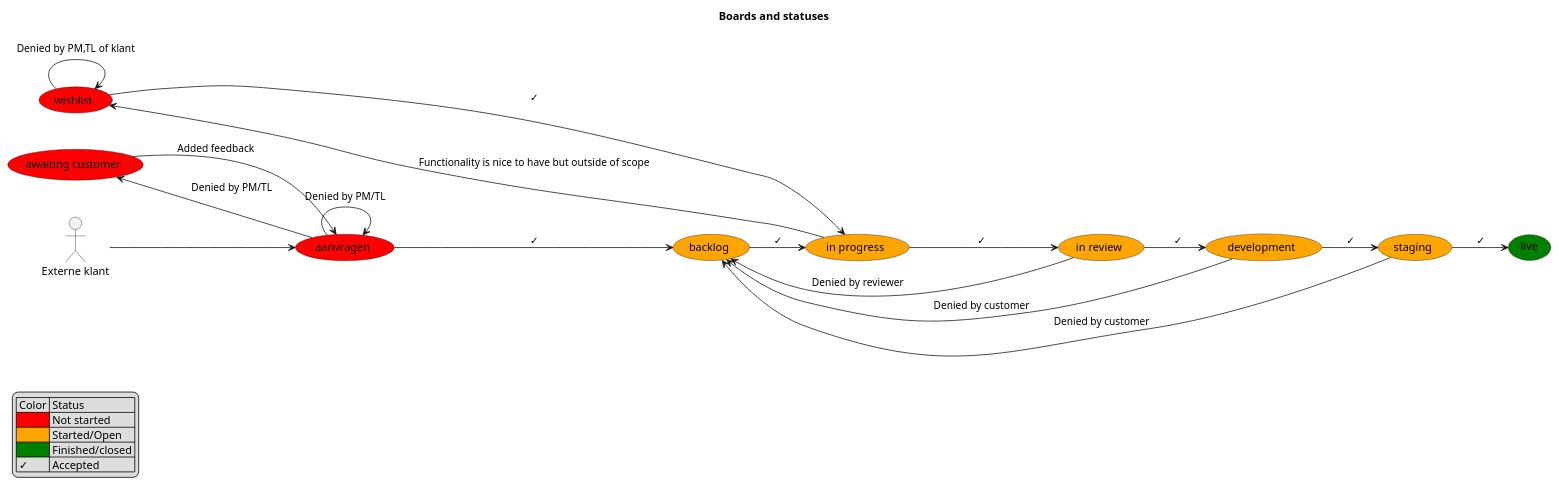
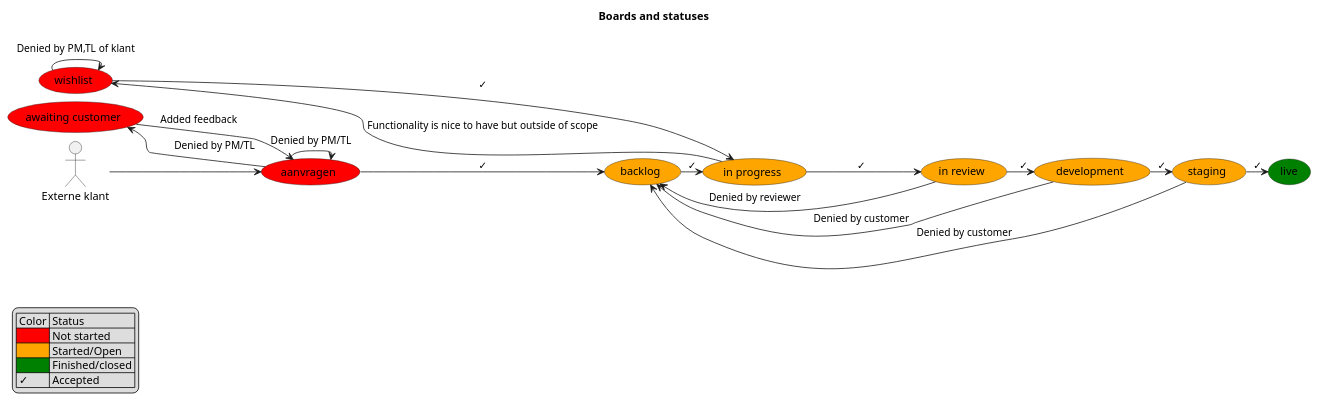
Before and after one commit to DCReceveur/pre-afstudeer-docs: the second of 3 diagrams in Documentatie/FunctioneelOntwerp.md, drawn with PlantUML. The commit also changed other lines of this file, not shown here.

````diff
--- a/Documentatie/FunctioneelOntwerp.md
+++ b/Documentatie/FunctioneelOntwerp.md
@@ -152,46 +152,47 @@
 ```plantuml
 title Boards and statuses
-
+skinparam nodesep 10
+skinparam ranksep 10
 left to right direction
 skinparam groupInheritance 3
 
 ' skinparam linetype polyline
 ' skinparam linetype ortho
 (backlog) #orange
 (in progress) as in_progress  #orange
 (in review) as in_review #orange 
 (development) #orange
 (staging) #orange
 (live) #green
 (wishlist) #red
 (aanvragen) #red
 (awaiting customer) as awaiting_customer #red
 actor "Externe klant" as EK
 
 
 aanvragen -DOWN-> backlog : ✓
 wishlist -[norank]-> in_progress : ✓
 backlog -DOWN-> in_progress : ✓
 in_progress -DOWN-> in_review : ✓
 in_review -DOWN-> development : ✓
 development -DOWN-> staging : ✓
 staging -DOWN-> live : ✓
 in_review -[norank]-> backlog : Denied by reviewer
 wishlist -[norank]-> wishlist : Denied by PM,TL of klant
 aanvragen -[norank]-> aanvragen : Denied by PM/TL
 development -[norank]-> backlog : Denied by customer
 staging -[norank]-> backlog : Denied by customer
 in_progress -[norank]-> wishlist : Functionality is nice to have but outside of scope
 EK --> aanvragen
 aanvragen -[norank]-> awaiting_customer : \t Denied by PM/TL
 awaiting_customer -[norank]->aanvragen : Added feedback \t
 
 legend left
     | Color | Status |
     |<#Red>| Not started |
     |<#Orange>| Started/Open |
     |<#Green>| Finished/closed |
     | ✓ | Accepted |
 endlegend
 
 ```
````
